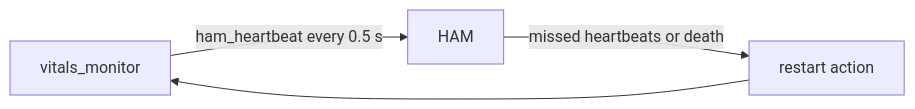
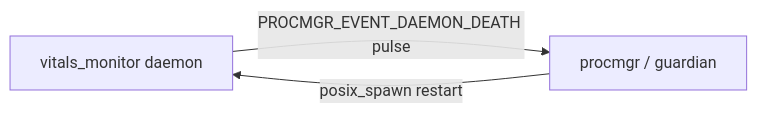
One commit to girlb0ss1990/QNXIntegrationAdvisor changed the third of 3 diagrams in docs/sample-reports/vitals-monitor.md. Above: the diagram before and after it, drawn with Mermaid. The commit also changed other lines of this file and 17 other files, not shown here.

````diff
--- a/docs/sample-reports/vitals-monitor.md
+++ b/docs/sample-reports/vitals-monitor.md
@@ -81,6 +81,5 @@
 ```mermaid
 flowchart LR
-  S["vitals_monitor"] -->|"ham_heartbeat every 0.5 s"| H["HAM"]
-  H -->|"missed heartbeats or death"| A["restart action"]
-  A --> S
+  S["vitals_monitor daemon"] -->|"PROCMGR_EVENT_DAEMON_DEATH pulse"| G["procmgr / guardian"]
+  G -->|"posix_spawn restart"| S
 ```
````
